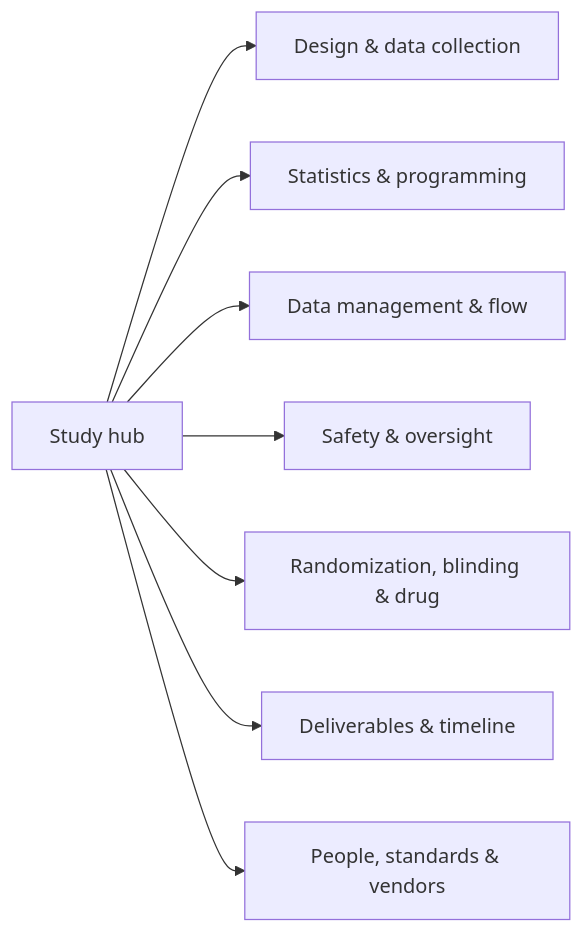
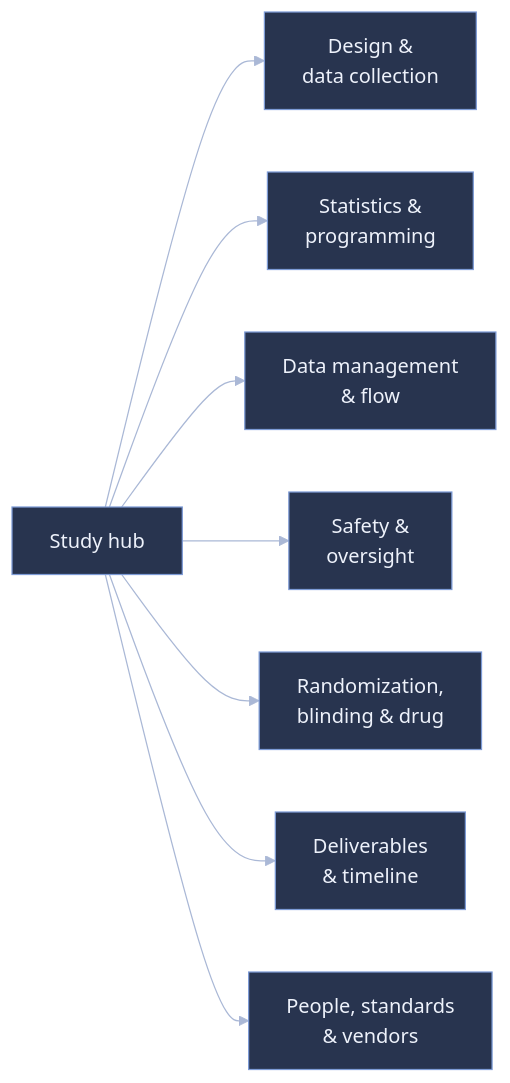
One commit to patrickiben/biometrics-ai-portfolio changed the diagram in knowledge_vault/quarto/kg-guide.qmd. Above: the diagram before and after it, drawn with Mermaid. The commit also changed other lines of this file and 45 other files, not shown here.

````diff
--- a/knowledge_vault/quarto/kg-guide.qmd
+++ b/knowledge_vault/quarto/kg-guide.qmd
@@ -33,10 +40,11 @@
 ```{mermaid}
+%%{init: {'theme':'base','themeVariables':{'primaryColor':'#28344f','primaryTextColor':'#eef2fb','primaryBorderColor':'#7d9bd6','lineColor':'#aab8d6','clusterBkg':'#161d33','clusterBorder':'#3a476a','tertiaryColor':'#20406a','tertiaryTextColor':'#eef2fb','tertiaryBorderColor':'#7d9bd6','secondaryColor':'#20406a','secondaryTextColor':'#eef2fb'}}}%%
 flowchart LR
-  H[Study hub] --> D[Design & data collection]
-  H --> S[Statistics & programming]
-  H --> DM[Data management & flow]
-  H --> SF[Safety & oversight]
-  H --> SU[Randomization, blinding & drug]
-  H --> P[Deliverables & timeline]
-  H --> R[People, standards & vendors]
+  H["Study hub"] --> D["Design &<br/>data collection"]
+  H --> S["Statistics &<br/>programming"]
+  H --> DM["Data management<br/>& flow"]
+  H --> SF["Safety &<br/>oversight"]
+  H --> SU["Randomization,<br/>blinding & drug"]
+  H --> P["Deliverables<br/>& timeline"]
+  H --> R["People, standards<br/>& vendors"]
 ```
````
